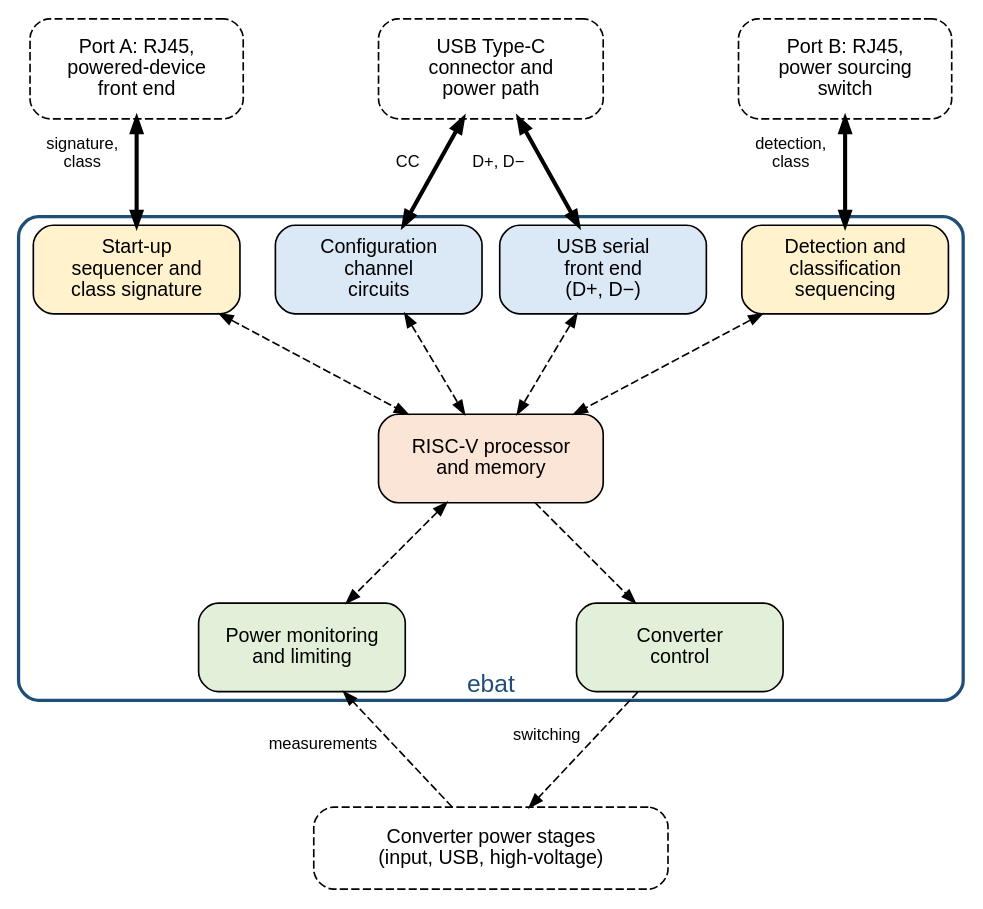
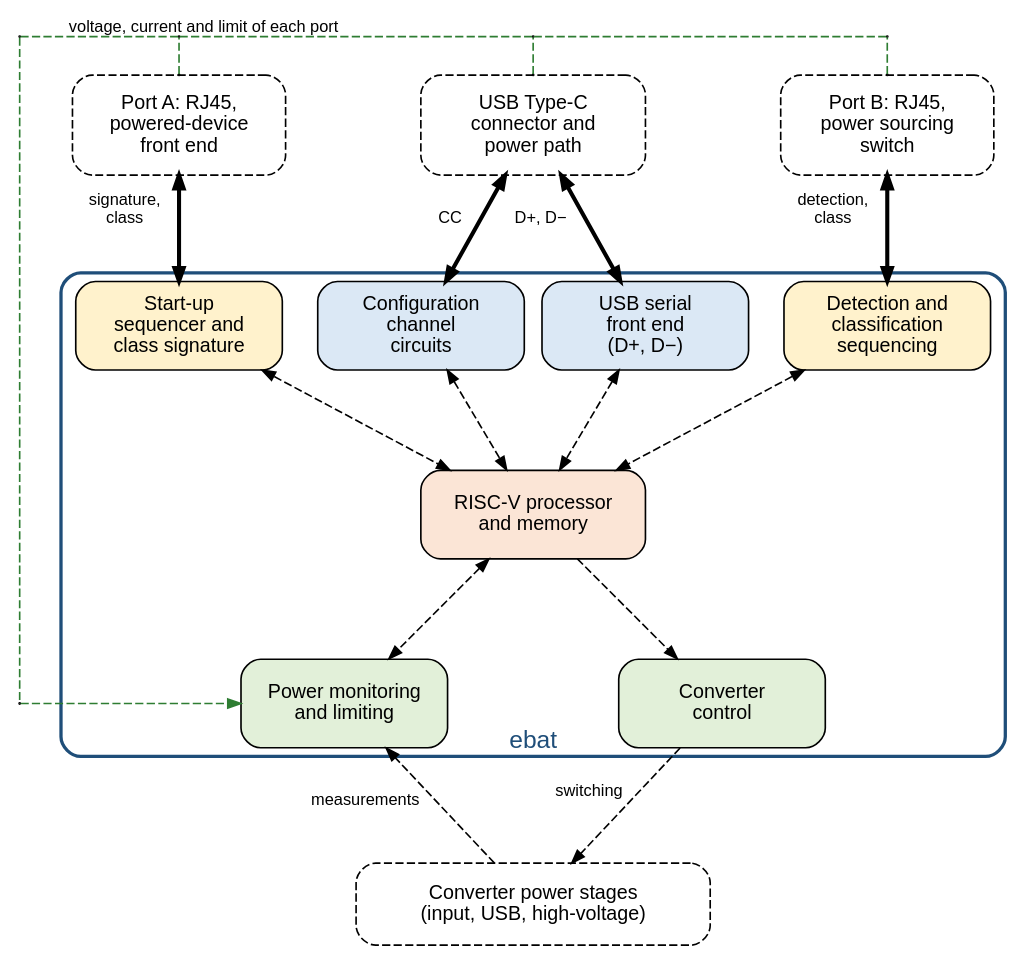
One commit to mithro/evampire changed the diagram in docs/ebat/block-diagram.dot. Above: the diagram before and after it, drawn with Graphviz. The commit also changed 10 other files, not shown here.

```diff
--- a/docs/ebat/block-diagram.dot
+++ b/docs/ebat/block-diagram.dot
@@ -1,83 +1,107 @@
 // ebat block diagram.
 // Bold arrows: power negotiation signals between the chip and the board
 // (detection, classification, configuration channel, USB data). Dashed
-// arrows: control and measurements.
+// arrows: control and measurements. The green dashed bus carries the
+// voltage and current of each power port to power monitoring and limiting,
+// and the limit back to each port.
 // Fill colours: white with a dashed outline, parts outside the chip; yellow,
 // Power over Ethernet circuits; blue, USB Type-C circuits; green, power
 // monitoring and converter control; orange, the processor.
 //
 // The blocks are placed on a fixed grid (positions in inches) so that the
 // diagram reads top to bottom and fits the width of a documentation page:
 //
 //   row 1 (y=7.6)  connectors and front ends outside the chip
 //   row 2 (y=5.9)  per-port circuits inside the chip
 //   row 3 (y=4.3)  processor
 //   row 4 (y=2.7)  monitoring and converter control
 //   row 5 (y=1.0)  converter power stages, outside the chip as in
 //                  evampire's first version
 //
 // SPDX-License-Identifier: Apache-2.0
 
 digraph ebat {
     graph [layout=neato, splines=false, overlap=true, outputorder=nodesfirst,
            fontname="Helvetica"];
     node  [shape=box, style="rounded,filled", fillcolor="#f2f2f2",
            fontname="Helvetica", fontsize=12, width=1.75, height=0.75,
            fixedsize=true];
     edge  [fontname="Helvetica", fontsize=10, arrowsize=0.8];
 
     // Outline of the chip, drawn first so it sits behind the blocks.
     chip [label="ebat", labelloc=b, fontsize=15, fontcolor="#1f4e79",
           pos="4.0,4.3!", width=8.0, height=4.1, style="rounded,bold",
           color="#1f4e79", fillcolor="none"];
 
     // Off-chip connectors and front ends.
     port_a [pos="1.0,7.6!", width=1.8, height=0.85,
             label="Port A: RJ45,\npowered-device\nfront end",
             style="rounded,filled,dashed", fillcolor="#ffffff"];
     usbc   [pos="4.0,7.6!", width=1.9, height=0.85,
             label="USB Type-C\nconnector and\npower path",
             style="rounded,filled,dashed", fillcolor="#ffffff"];
     port_b [pos="7.0,7.6!", width=1.8, height=0.85,
             label="Port B: RJ45,\npower sourcing\nswitch",
             style="rounded,filled,dashed", fillcolor="#ffffff"];
     conv   [pos="4.0,1.0!", width=3.0, height=0.7,
             label="Converter power stages\n(input, USB, high-voltage)",
             style="rounded,filled,dashed", fillcolor="#ffffff"];
 
     // Per-port circuits.
     seq  [pos="1.0,5.9!", label="Start-up\nsequencer and\nclass signature",
           fillcolor="#fff2cc"];
     cc   [pos="3.05,5.9!", label="Configuration\nchannel\ncircuits",
           fillcolor="#dbe8f5"];
     usbd [pos="4.95,5.9!", label="USB serial\nfront end\n(D+, D−)",
           fillcolor="#dbe8f5"];
     pse  [pos="7.0,5.9!", label="Detection and\nclassification\nsequencing",
           fillcolor="#fff2cc"];
 
     // Processor.
     cpu [pos="4.0,4.3!", label="RISC-V processor\nand memory",
          fillcolor="#fbe5d6", width=1.9];
 
     // Monitoring and converter control.
     mon  [pos="2.4,2.7!", label="Power monitoring\nand limiting",
           fillcolor="#e2f0d9"];
     ctrl [pos="5.6,2.7!", label="Converter\ncontrol",
           fillcolor="#e2f0d9"];
 
     // Signals between the chip and the board.
     port_a -> seq  [dir=both, penwidth=2.5, label="signature,   \nclass   "];
     usbc   -> cc   [dir=both, penwidth=2.5, label="CC   "];
     usbc   -> usbd [dir=both, penwidth=2.5, label="D+, D−    "];
     port_b -> pse  [dir=both, penwidth=2.5, label="detection,   \nclass   "];
 
     // Control.
     seq  -> cpu  [style=dashed, dir=both];
     cc   -> cpu  [style=dashed, dir=both];
     usbd -> cpu  [style=dashed, dir=both];
     pse  -> cpu  [style=dashed, dir=both];
     cpu  -> mon  [style=dashed, dir=both];
     cpu  -> ctrl [style=dashed];
     conv -> mon  [style=dashed, label="measurements    "];
     ctrl -> conv [style=dashed, label="    switching"];
+
+    // Measurement and limiting of every power port: a tap above each
+    // off-chip block joins a bus that runs left and down the margin to
+    // power monitoring and limiting.
+    node [shape=point, width=0.01, height=0.01, fixedsize=true, label=""];
+    edge [style=dashed, dir=none, color="#2e7d32"];
+    tap_a [pos="1.0,8.025!"];
+    tap_u [pos="4.0,8.025!"];
+    tap_b [pos="7.0,8.025!"];
+    bus_a [pos="1.0,8.35!"];
+    bus_u [pos="4.0,8.35!"];
+    bus_b [pos="7.0,8.35!"];
+    bus_l [pos="-0.35,8.35!"];
+    bus_d [pos="-0.35,2.7!"];
+    tap_a -> bus_a;
+    tap_u -> bus_u;
+    tap_b -> bus_b;
+    bus_b -> bus_u;
+    bus_u -> bus_a [label="voltage, current and limit of each port"];
+    bus_a -> bus_l;
+    bus_l -> bus_d;
+    bus_d -> mon [dir=forward];
 }
```
